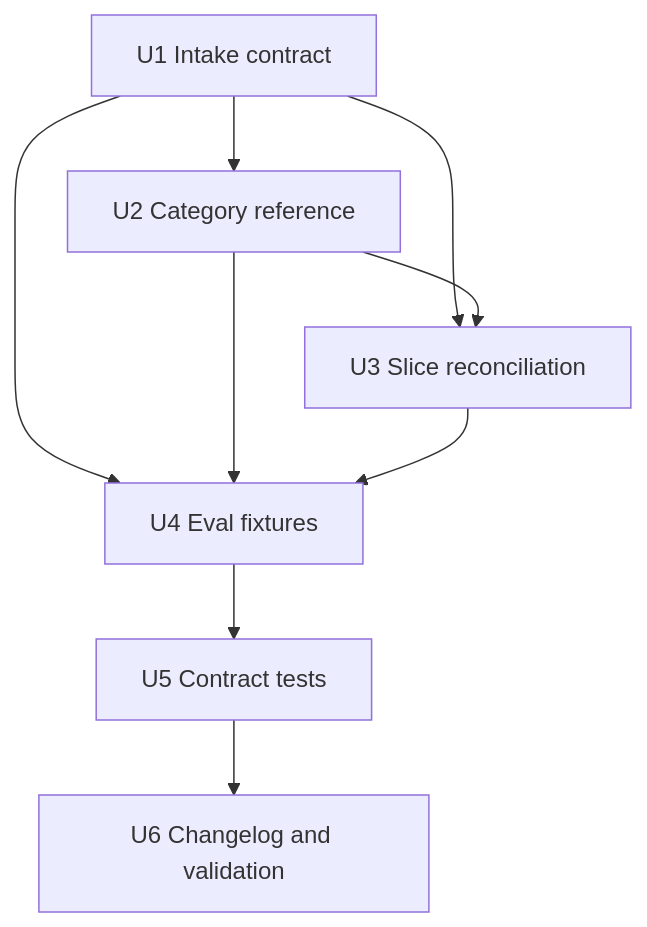
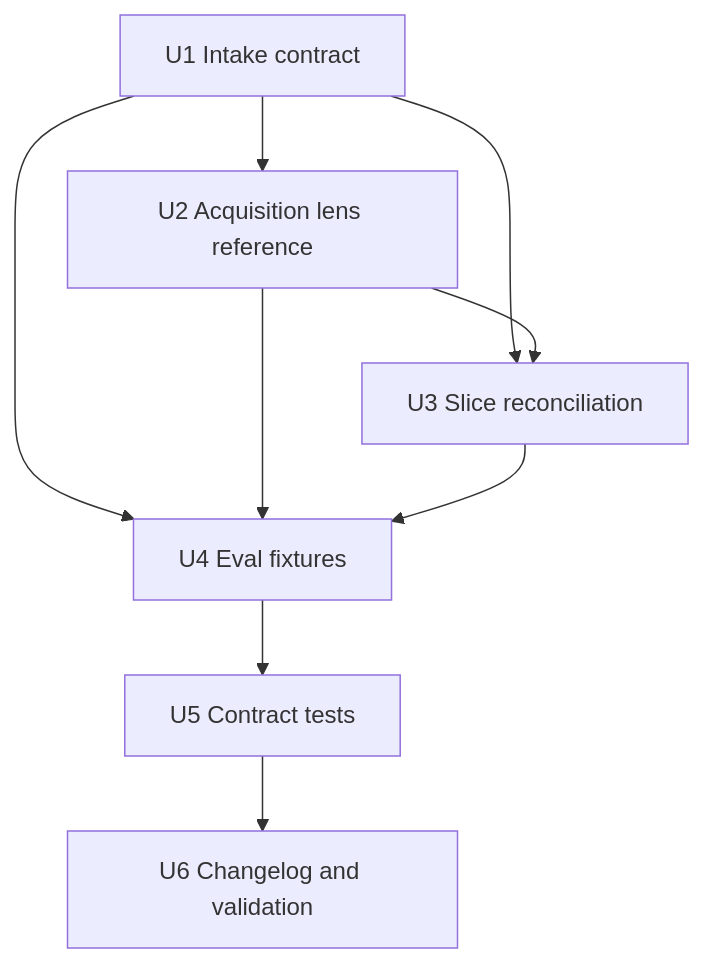
Before and after one commit to leo-kuang-ai/spec-first: the second of 2 diagrams in docs/plans/2026-07-05-001-refactor-standards-acquisition-flow-plan.md, drawn with Mermaid. The commit also changed other lines of this file and 17 other files, not shown here.

````diff
--- a/docs/plans/2026-07-05-001-refactor-standards-acquisition-flow-plan.md
+++ b/docs/plans/2026-07-05-001-refactor-standards-acquisition-flow-plan.md
@@ -180,11 +182,11 @@
 ```mermaid
 flowchart TB
-  U1[U1 Intake contract] --> U2[U2 Category reference]
+  U1[U1 Intake contract] --> U2[U2 Acquisition lens reference]
   U1 --> U3[U3 Slice reconciliation]
   U2 --> U3
   U1 --> U4[U4 Eval fixtures]
   U2 --> U4
   U3 --> U4
   U4 --> U5[U5 Contract tests]
   U5 --> U6[U6 Changelog and validation]
 ```
````
